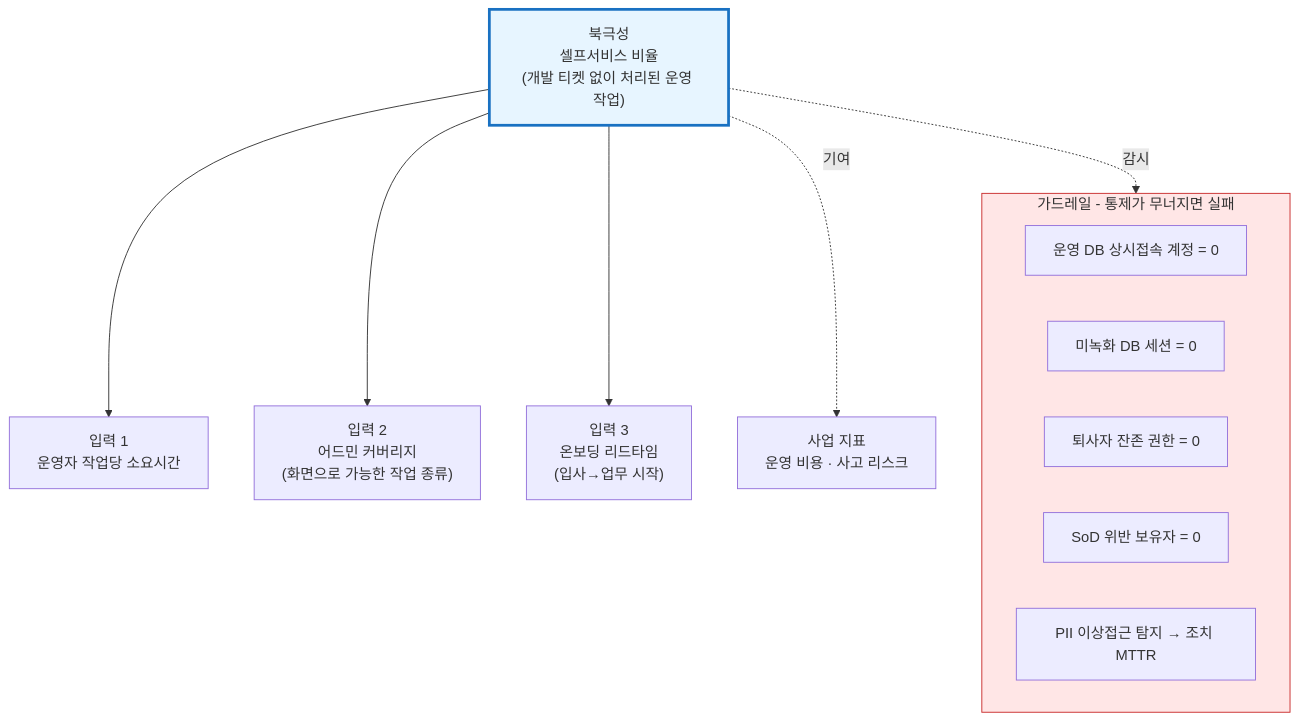
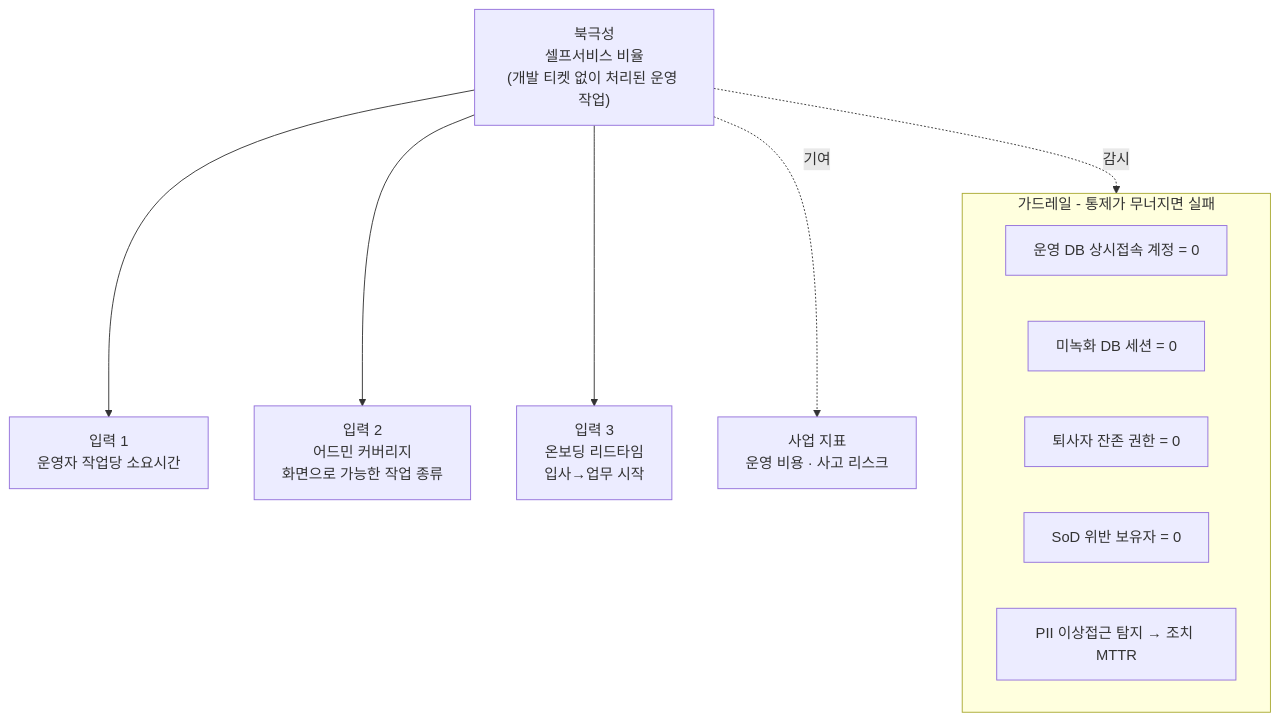
One commit to withwooyong/withwooyong.github.io changed diagram 13 of 13 in pages/product-lead-loadmap/03_공통어드민.md. Above: the diagram before and after it, drawn with Mermaid. The commit also changed other lines of this file and 16 other files, not shown here.

````diff
--- a/pages/product-lead-loadmap/03_공통어드민.md
+++ b/pages/product-lead-loadmap/03_공통어드민.md
@@ -1031,22 +955,19 @@
 ```mermaid
 flowchart TD
     NS["북극성<br/>셀프서비스 비율<br/>(개발 티켓 없이 처리된 운영 작업)"]
 
     NS --> I1["입력 1<br/>운영자 작업당 소요시간"]
-    NS --> I2["입력 2<br/>어드민 커버리지<br/>(화면으로 가능한 작업 종류)"]
-    NS --> I3["입력 3<br/>온보딩 리드타임<br/>(입사→업무 시작)"]
+    NS --> I2["입력 2<br/>어드민 커버리지<br/>화면으로 가능한 작업 종류"]
+    NS --> I3["입력 3<br/>온보딩 리드타임<br/>입사→업무 시작"]
 
     subgraph GR["가드레일 - 통제가 무너지면 실패"]
         G1["운영 DB 상시접속 계정 = 0"]
         G2["미녹화 DB 세션 = 0"]
         G3["퇴사자 잔존 권한 = 0"]
         G4["SoD 위반 보유자 = 0"]
         G5["PII 이상접근 탐지 → 조치 MTTR"]
     end
 
     NS -.감시.-> GR
     NS -.기여.-> BIZ["사업 지표<br/>운영 비용 · 사고 리스크"]
-
-    style NS fill:#e7f5ff,stroke:#1971c2,stroke-width:3px
-    style GR fill:#ffe6e6,stroke:#c92a2a
 ```
````
